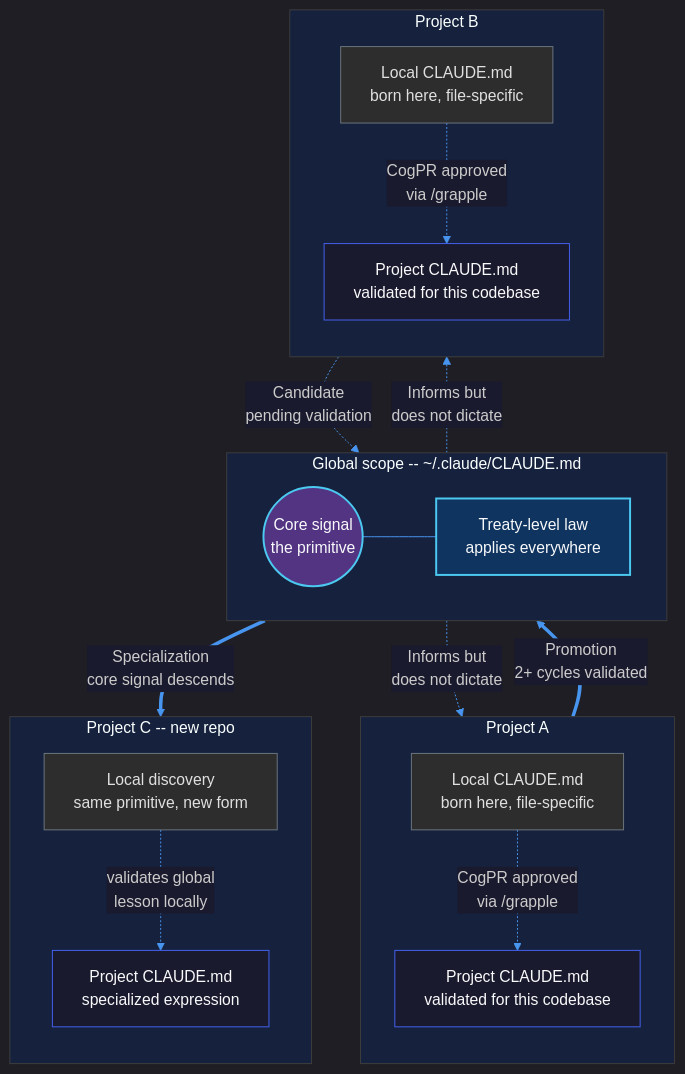
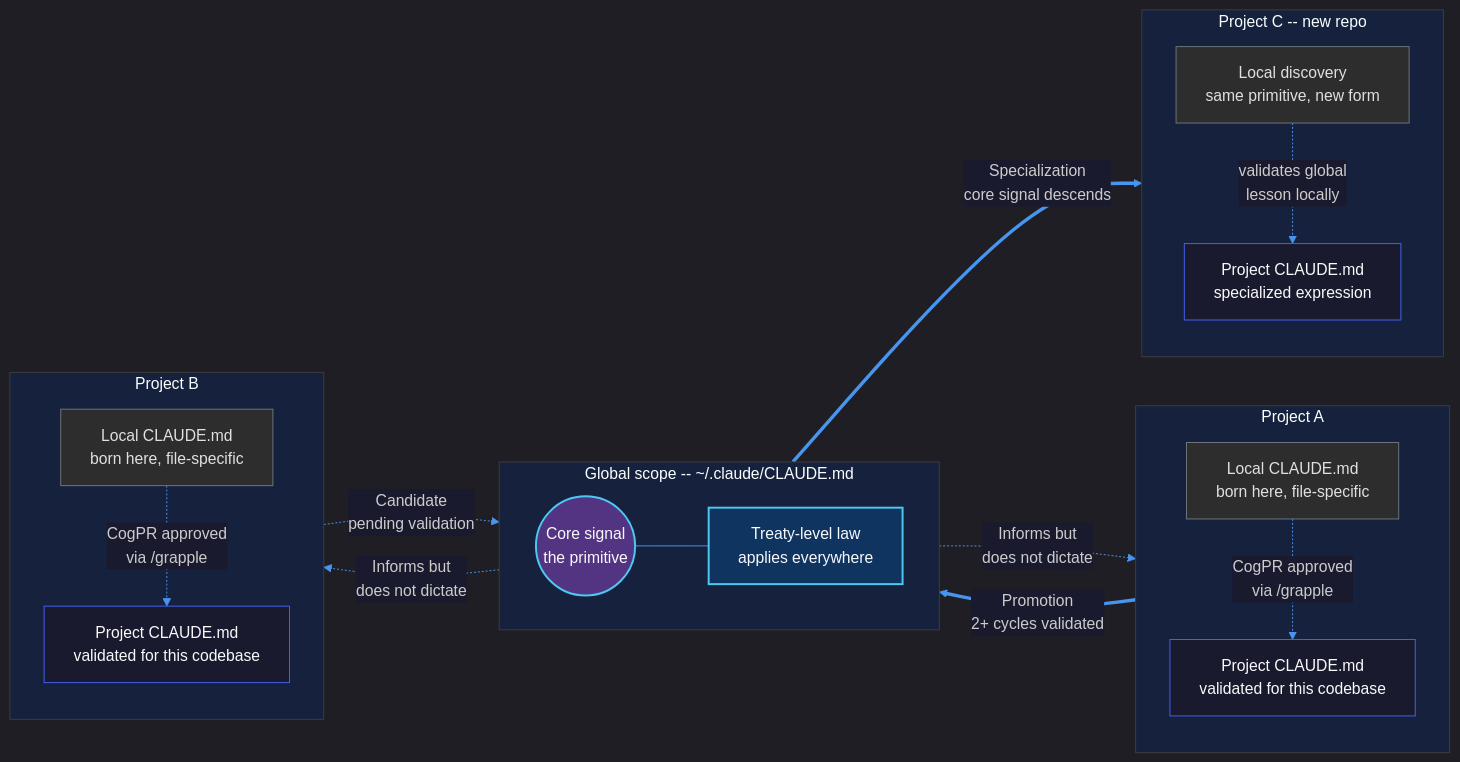
Before and after one commit to prompted365/context-grapple-gun: the first of 2 diagrams in README.md, drawn with Mermaid.

````diff
--- a/README.md
+++ b/README.md
@@ -46,47 +46,47 @@
 ```mermaid
 %%{init: {'theme': 'dark', 'themeVariables': {'primaryColor': '#4361ee', 'primaryTextColor': '#f8f9fa', 'primaryBorderColor': '#6c757d', 'lineColor': '#4895ef', 'secondaryColor': '#1a1a2e', 'tertiaryColor': '#16213e', 'edgeLabelBackground': '#1a1a2e', 'clusterBkg': '#16213e', 'clusterBorder': '#3d3d3d'}}}%%
-flowchart TB
+flowchart LR
     subgraph GLOBAL["Global scope -- ~/.claude/CLAUDE.md"]
         direction LR
         G1(("Core signal\nthe primitive"))
         G2["Treaty-level law\napplies everywhere"]
         G1 --- G2
     end
 
     subgraph PROJ_A["Project A"]
         direction TB
         PA1["Project CLAUDE.md\nvalidated for this codebase"]
         PA2["Local CLAUDE.md\nborn here, file-specific"]
         PA2 -. "CogPR approved\nvia /grapple" .-> PA1
     end
 
     subgraph PROJ_B["Project B"]
         direction TB
         PB1["Project CLAUDE.md\nvalidated for this codebase"]
         PB2["Local CLAUDE.md\nborn here, file-specific"]
         PB2 -. "CogPR approved\nvia /grapple" .-> PB1
     end
 
     subgraph PROJ_C["Project C -- new repo"]
         direction TB
         PC1["Project CLAUDE.md\nspecialized expression"]
         PC2["Local discovery\nsame primitive, new form"]
         PC2 -. "validates global\nlesson locally" .-> PC1
     end
 
     PA1 == "Promotion\n2+ cycles validated" ==> GLOBAL
     PB1 -. "Candidate\npending validation" .-> GLOBAL
     GLOBAL == "Specialization\ncore signal descends" ==> PC1
     GLOBAL -. "Informs but\ndoes not dictate" .-> PA1
     GLOBAL -. "Informs but\ndoes not dictate" .-> PB1
 
     classDef global fill:#0f3460,stroke:#4cc9f0,color:#f8f9fa,stroke-width:2px
     classDef project fill:#1a1a2e,stroke:#4361ee,color:#f8f9fa
     classDef local fill:#2d2d2d,stroke:#6c757d,color:#e0e0e0
     classDef core fill:#533483,stroke:#4cc9f0,color:#f8f9fa,stroke-width:2px
 
     class G1 core
     class G2 global
     class PA1,PB1,PC1 project
     class PA2,PB2,PC2 local
 ```
````
